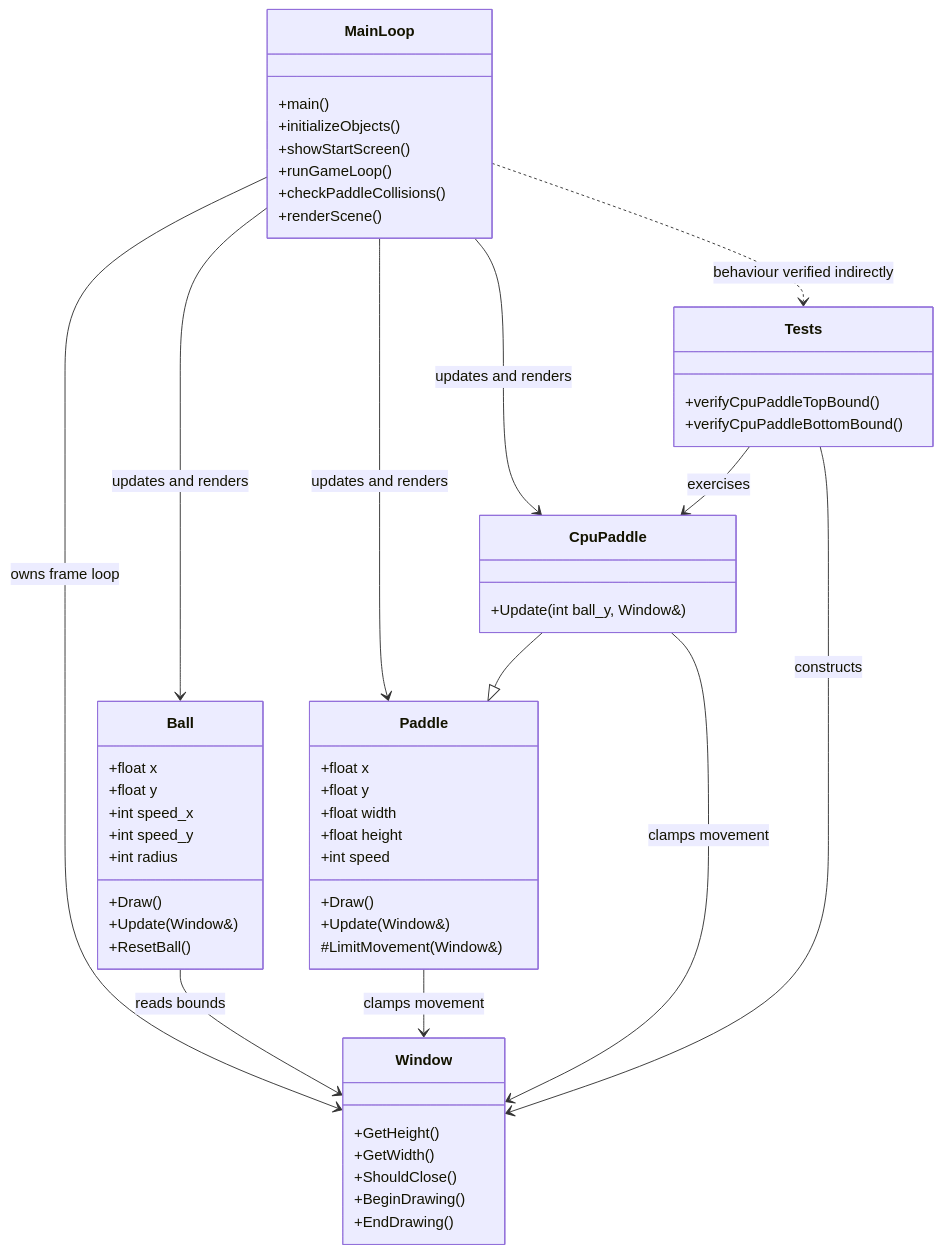
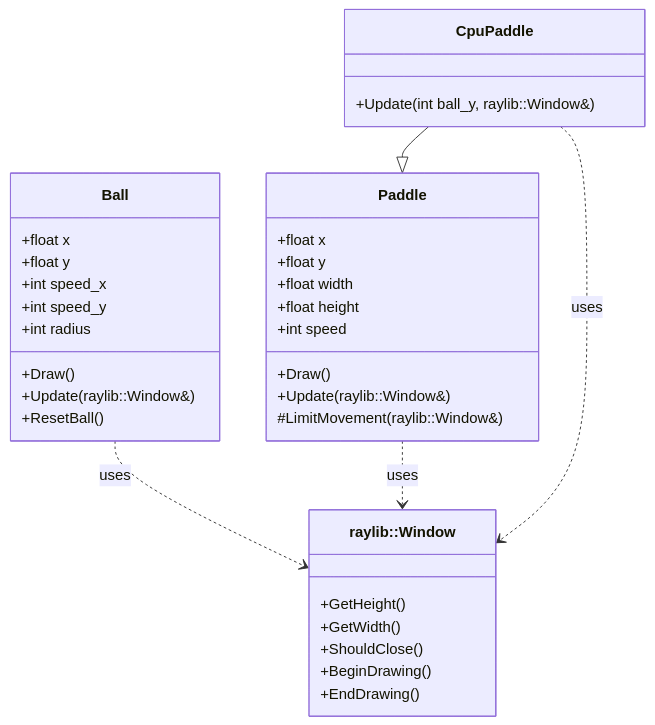
The second of 2 diagrams in architecture.md (stephenlevitt/elen3009-demo-project), drawn with Mermaid before and after one commit. The commit also changed other lines of this file and 3 other files, not shown here.

Commit message:
Add architecture description

````diff
--- a/architecture.md
+++ b/architecture.md
@@ -120,62 +77,41 @@
 ```mermaid
 classDiagram
-	class MainLoop {
-		+main()
-		+initializeObjects()
-		+showStartScreen()
-		+runGameLoop()
-		+checkPaddleCollisions()
-		+renderScene()
-	}
-
 	class Ball {
 		+float x
 		+float y
 		+int speed_x
 		+int speed_y
 		+int radius
 		+Draw()
-		+Update(Window&)
+		+Update(raylib::Window&)
 		+ResetBall()
 	}
 
 	class Paddle {
 		+float x
 		+float y
 		+float width
 		+float height
 		+int speed
 		+Draw()
-		+Update(Window&)
-		#LimitMovement(Window&)
+		+Update(raylib::Window&)
+		#LimitMovement(raylib::Window&)
 	}
 
 	class CpuPaddle {
-		+Update(int ball_y, Window&)
+		+Update(int ball_y, raylib::Window&)
 	}
 
-	class Window {
+	class raylibWindow["raylib::Window"] {
 		+GetHeight()
 		+GetWidth()
 		+ShouldClose()
 		+BeginDrawing()
 		+EndDrawing()
 	}
 
-	class Tests {
-		+verifyCpuPaddleTopBound()
-		+verifyCpuPaddleBottomBound()
-	}
-
-	MainLoop --> Ball : updates and renders
-	MainLoop --> Paddle : updates and renders
-	MainLoop --> CpuPaddle : updates and renders
-	MainLoop --> Window : owns frame loop
-	MainLoop ..> Tests : behaviour verified indirectly
 	CpuPaddle --|> Paddle
-	Ball --> Window : reads bounds
-	Paddle --> Window : clamps movement
-	CpuPaddle --> Window : clamps movement
-	Tests --> CpuPaddle : exercises
-	Tests --> Window : constructs
+	Ball ..> raylibWindow : uses
+	Paddle ..> raylibWindow : uses
+	CpuPaddle ..> raylibWindow : uses
 ```
````
